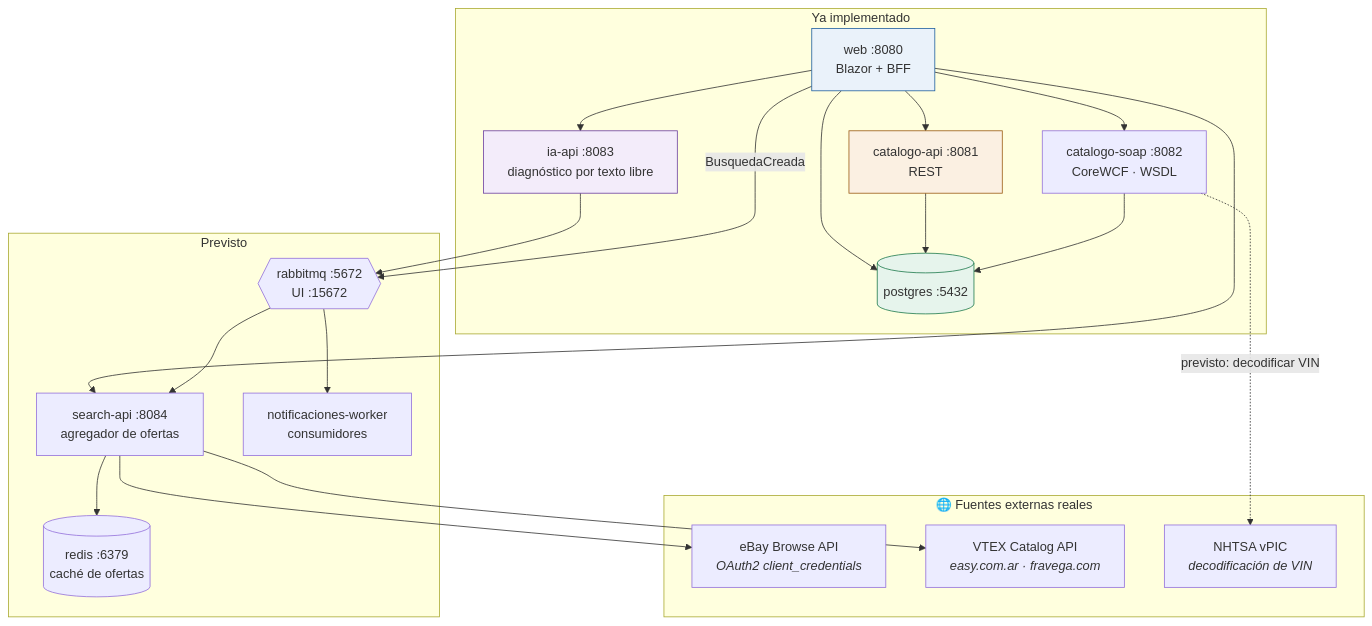
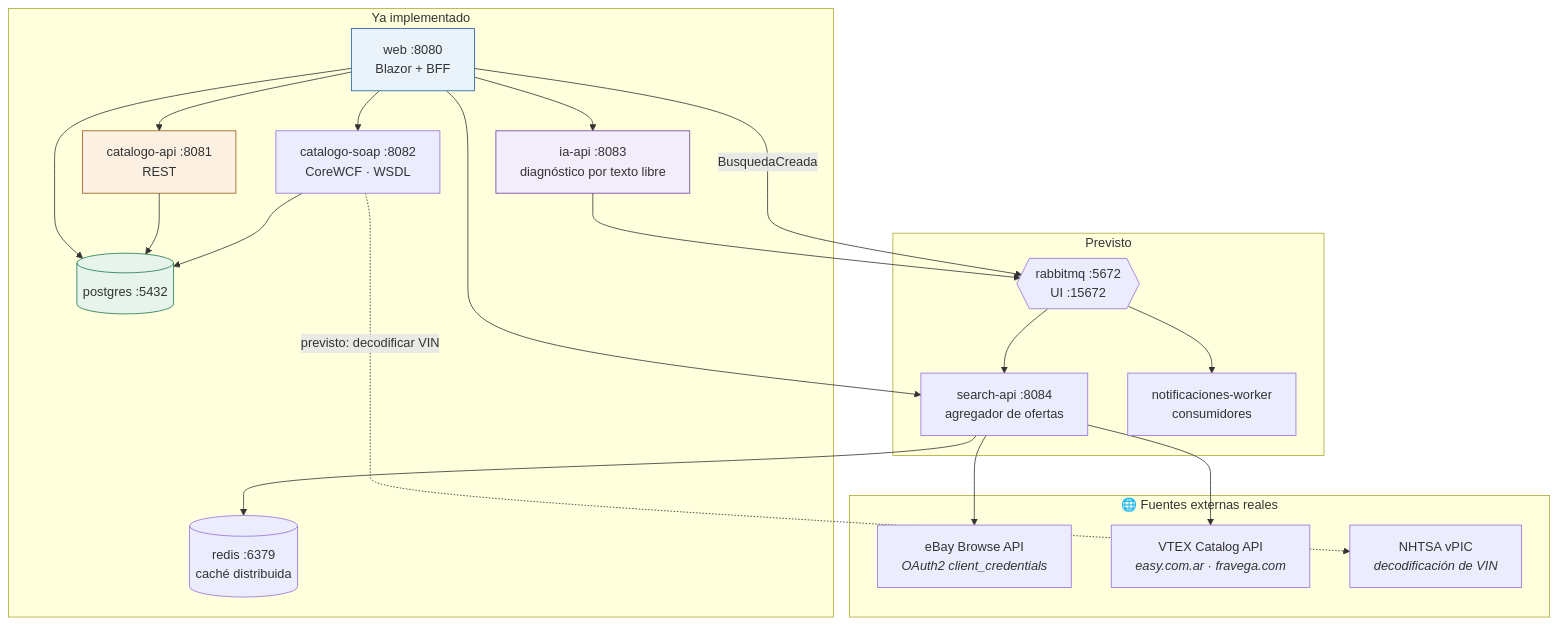
The second of 2 diagrams in docs/diagramas/despliegue.md (lfb-00/tp-apps-2), drawn with Mermaid before and after one commit. The commit also changed other lines of this file and 36 other files, not shown here.

````diff
--- a/docs/diagramas/despliegue.md
+++ b/docs/diagramas/despliegue.md
@@ -117,44 +126,44 @@
 ```mermaid
 flowchart TB
     subgraph implementado["Ya implementado"]
         W["web :8080<br/>Blazor + BFF"]
         A["catalogo-api :8081<br/>REST"]
         IA["ia-api :8083<br/>diagnóstico por texto libre"]
         SOAP["catalogo-soap :8082<br/>CoreWCF · WSDL"]
         P[("postgres :5432")]
+        R[("redis :6379<br/>caché distribuida")]
     end
 
     subgraph previsto["Previsto"]
         S["search-api :8084<br/>agregador de ofertas"]
         WK["notificaciones-worker<br/>consumidores"]
         MQ{{"rabbitmq :5672<br/>UI :15672"}}
-        R[("redis :6379<br/>caché de ofertas")]
     end
 
     subgraph externo["🌐 Fuentes externas reales"]
         EB["eBay Browse API<br/><i>OAuth2 client_credentials</i>"]
         VT["VTEX Catalog API<br/><i>easy.com.ar · fravega.com</i>"]
         VP["NHTSA vPIC<br/><i>decodificación de VIN</i>"]
     end
 
     W --> A
     W --> S
     W --> IA
     W --> SOAP
     W --> P
     A --> P
     S --> R
     S --> EB
     S --> VT
     SOAP --> P
     SOAP -. "previsto: decodificar VIN" .-> VP
     IA --> MQ
     W -- "BusquedaCreada" --> MQ
     MQ --> WK
     MQ --> S
 
     style W fill:#eaf2fa,stroke:#1f5f9e
     style A fill:#fbf0e2,stroke:#9a5b13
     style IA fill:#f3ecfa,stroke:#6b3fa0
     style P fill:#e6f4ec,stroke:#1f7a4d
 ```
````
